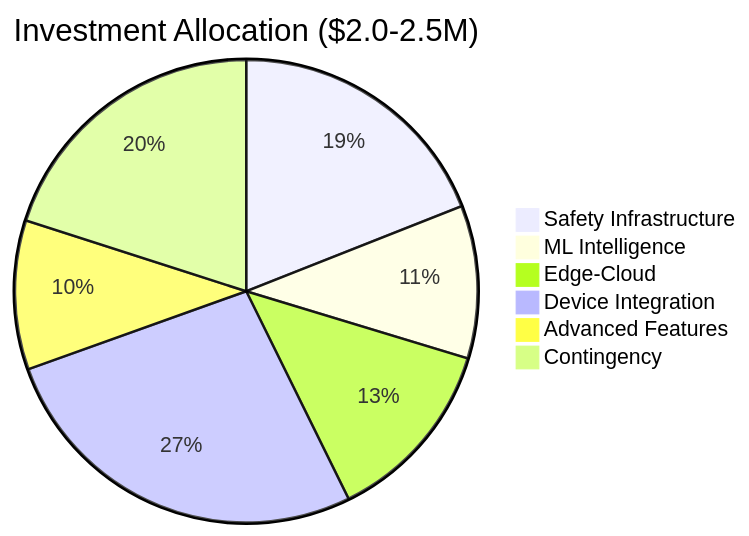
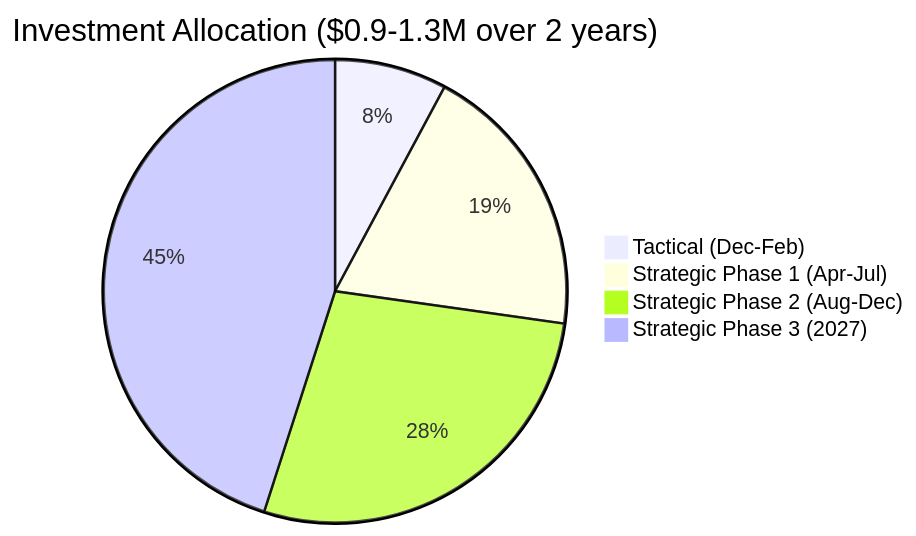
One commit to asq-sheriff/SHOWCASE_REPO-Therapeutic_AI_Companion changed diagram 11 of 11 in docs/TECHNICAL_ROADMAP.md. Above: the diagram before and after it, drawn with Mermaid. The commit also changed other lines of this file and 7 other files, not shown here.

First line of the commit message:
docs: Sync all documentation with current state and accelerated roadmap

````diff
--- a/docs/TECHNICAL_ROADMAP.md
+++ b/docs/TECHNICAL_ROADMAP.md
@@ -546,9 +578,7 @@
 ```mermaid
-pie title Investment Allocation ($2.0-2.5M)
-    "Safety Infrastructure" : 365
-    "ML Intelligence" : 205
-    "Edge-Cloud" : 250
-    "Device Integration" : 515
-    "Advanced Features" : 200
-    "Contingency" : 385
+pie title Investment Allocation ($0.9-1.3M over 2 years)
+    "Tactical (Dec-Feb)" : 113
+    "Strategic Phase 1 (Apr-Jul)" : 280
+    "Strategic Phase 2 (Aug-Dec)" : 400
+    "Strategic Phase 3 (2027)" : 650
 ```
````
